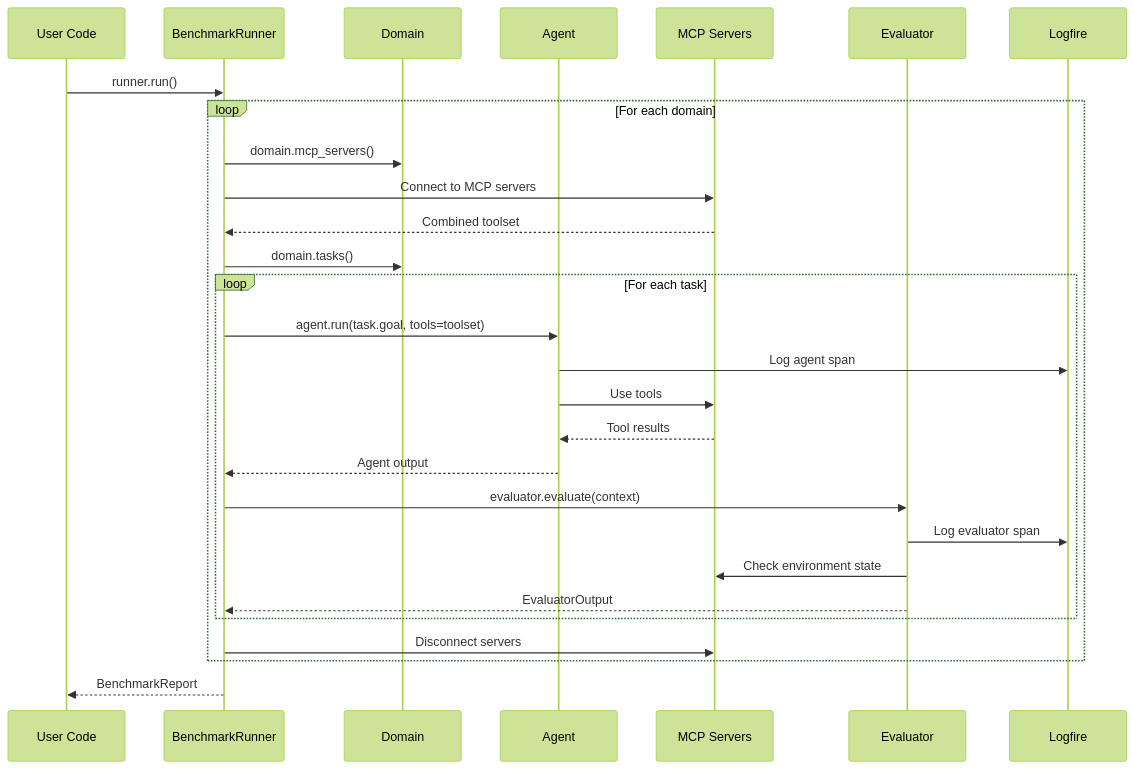
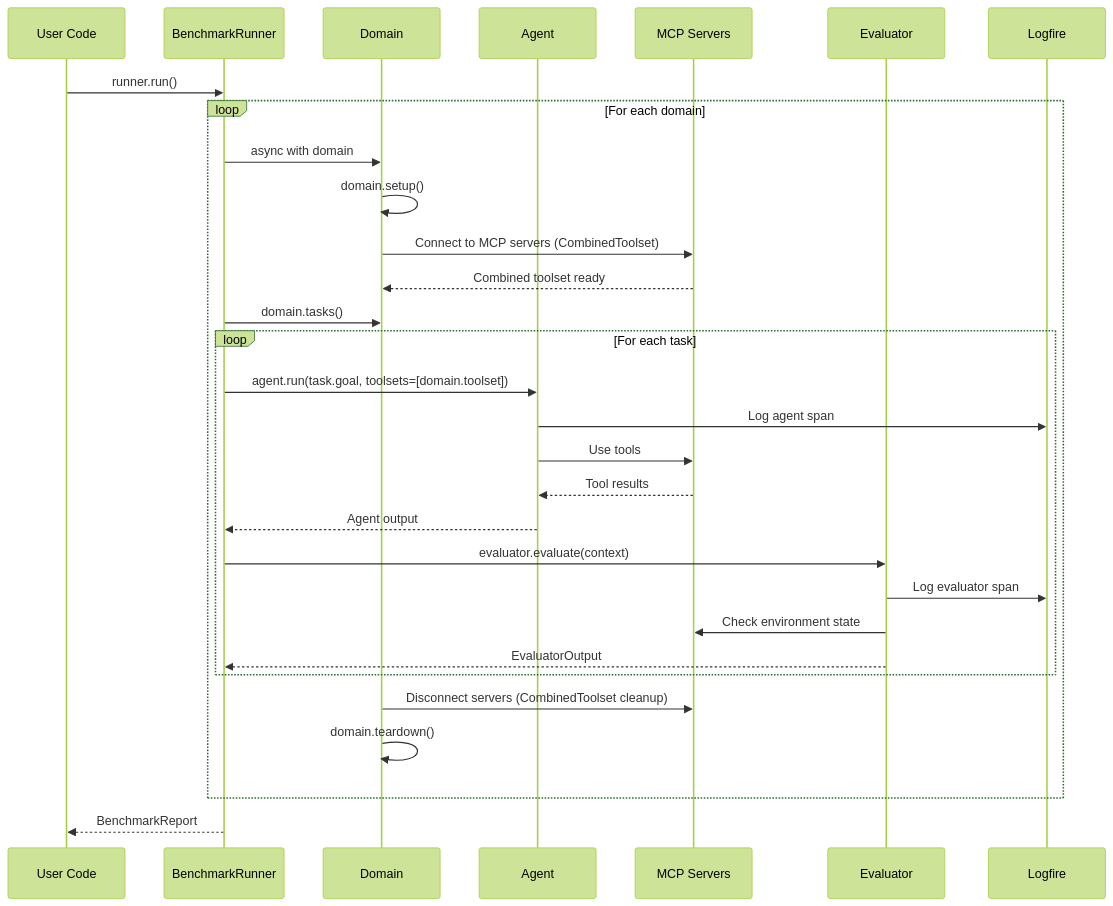
The second of 3 diagrams in README.md (deeppavlov/mcp-evals), drawn with Mermaid (forest theme) before and after one commit. The commit also changed other lines of this file, not shown here.

Commit message:
enhance Domain

````diff
--- a/README.md
+++ b/README.md
@@ -344,36 +421,38 @@
 ```mermaid
 sequenceDiagram
     participant U as User Code
     participant R as BenchmarkRunner
     participant D as Domain
     participant A as Agent
     participant MCP as MCP Servers
     participant E as Evaluator
     participant LF as Logfire
 
     U->>R: runner.run()
     
     loop For each domain
-        R->>D: domain.mcp_servers()
-        R->>MCP: Connect to MCP servers
-        MCP-->>R: Combined toolset
+        R->>D: async with domain
+        D->>D: domain.setup()
+        D->>MCP: Connect to MCP servers (CombinedToolset)
+        MCP-->>D: Combined toolset ready
         R->>D: domain.tasks()
         
         loop For each task
-            R->>A: agent.run(task.goal, tools=toolset)
+            R->>A: agent.run(task.goal, toolsets=[domain.toolset])
             A->>LF: Log agent span
             A->>MCP: Use tools
             MCP-->>A: Tool results
             A-->>R: Agent output
             
             R->>E: evaluator.evaluate(context)
             E->>LF: Log evaluator span
             E->>MCP: Check environment state
             E-->>R: EvaluatorOutput
         end
         
-        R->>MCP: Disconnect servers
+        D->>MCP: Disconnect servers (CombinedToolset cleanup)
+        D->>D: domain.teardown()
     end
     
     R-->>U: BenchmarkReport
 ```
````
